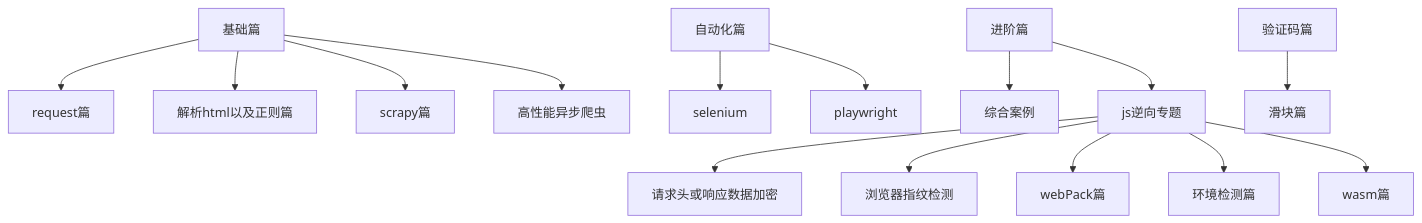
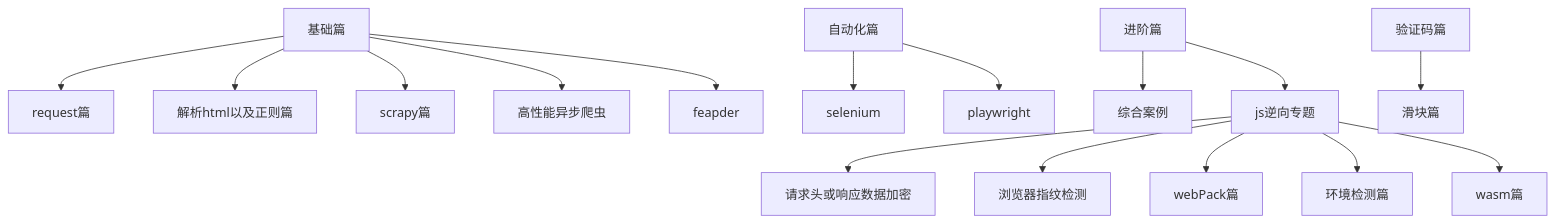
One commit to xishandong/crawlProject changed the diagram in README.md. Above: the diagram before and after it, drawn with Mermaid. The commit also changed other lines of this file, not shown here.

````diff
--- a/README.md
+++ b/README.md
@@ -31,17 +31,18 @@
 ``` mermaid
 graph TD;
     基础篇-->request篇;
     基础篇-->解析html以及正则篇;
     基础篇-->scrapy篇;
     基础篇 -->高性能异步爬虫;
+    基础篇-->feapder;
     自动化篇-->selenium
     自动化篇-->playwright;
     进阶篇-->综合案例;
     进阶篇-->js逆向专题;
     js逆向专题-->请求头或响应数据加密;
     js逆向专题-->浏览器指纹检测;
     js逆向专题-->webPack篇;
     js逆向专题-->环境检测篇;
     js逆向专题-->wasm篇;
     验证码篇-->滑块篇;
 ```
````
